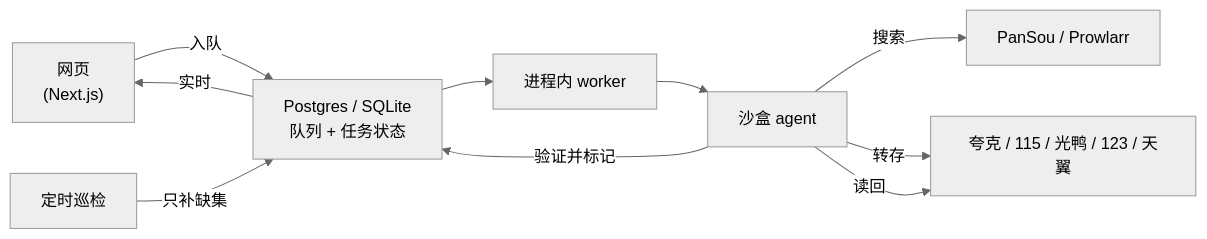
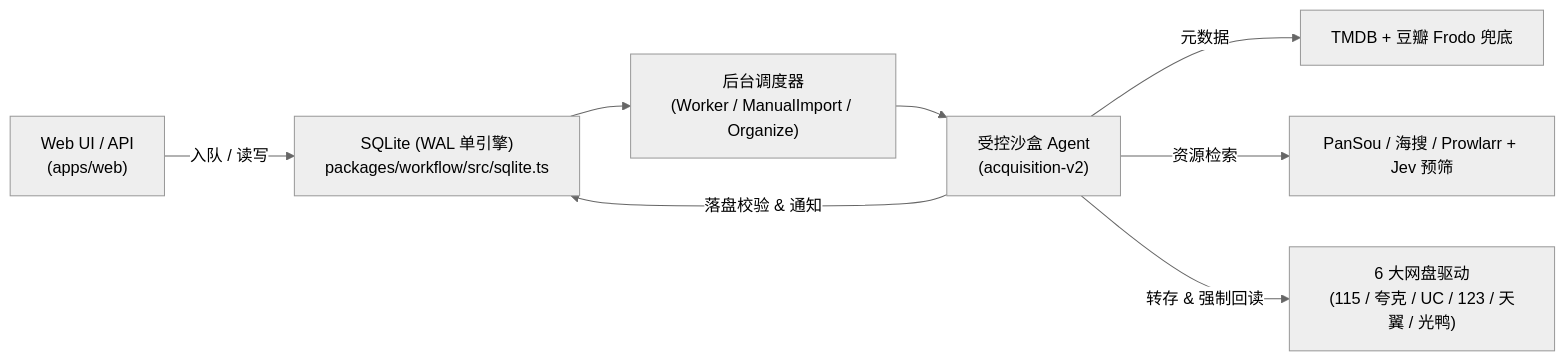
One commit to xixjohan/mediary-scout changed the diagram in docs/architecture.md. Above: the diagram before and after it, drawn with Mermaid (neutral theme). The commit also changed other lines of this file and 133 other files, not shown here.

Commit message:
refactor(arch): consolidate root directories, relocate updater to apps, and document vertical architecture plan

````diff
--- a/docs/architecture.md
+++ b/docs/architecture.md
@@ -5,12 +13,10 @@
 ```mermaid
 flowchart LR
-    UI["网页<br/>(Next.js)"] -->|入队| Q["Postgres / SQLite<br/>队列 + 任务状态"]
-    Q --> W["进程内 worker"]
-    W --> AG["沙盒 agent"]
-    AG -->|搜索| SRC["PanSou / Prowlarr"]
-    AG -->|转存| DR["夸克 / 115 / 光鸭 / 123 / 天翼"]
-    AG -->|读回| DR
-    AG -->|验证并标记| Q
-    Q -->|实时| UI
-    CRON["定时巡检"] -->|只补缺集| Q
+    UI["Web UI / API<br/>(apps/web)"] -->|入队 / 读写| DB["SQLite (WAL 单引擎)<br/>packages/workflow/src/sqlite.ts"]
+    DB --> W["后台调度器<br/>(Worker / ManualImport / Organize)"]
+    W --> AG["受控沙盒 Agent<br/>(acquisition-v2)"]
+    AG -->|元数据| META["TMDB + 豆瓣 Frodo 兜底"]
+    AG -->|资源检索| SRC["PanSou / 海搜 / Prowlarr + Jev 预筛"]
+    AG -->|转存 & 强制回读| DR["6 大网盘驱动<br/>(115 / 夸克 / UC / 123 / 天翼 / 光鸭)"]
+    AG -->|落盘校验 & 通知| DB
 ```
````
